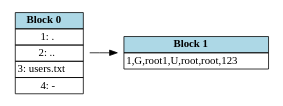
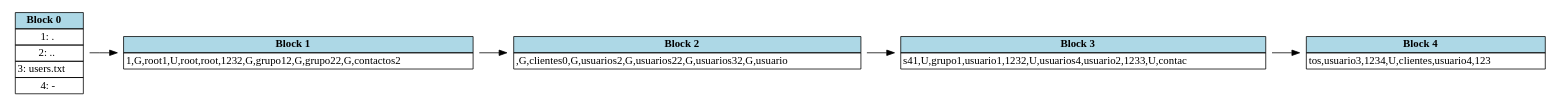
The diagram in backend/output/report_block.dot (AbdielOtzoy/MIA_1S2025_P1_202300350), drawn with Graphviz before and after one commit. The commit also changed 20 other files, not shown here.

```diff
--- a/backend/output/report_block.dot
+++ b/backend/output/report_block.dot
@@ -1,20 +1,50 @@
 digraph G {
 		rankdir=LR; // Alineación horizontal
 		node [shape=plaintext]
 	block0 [label=<
 <table border='0' cellborder='1' cellspacing='0'>
 <tr><td bgcolor='lightblue'><b>Block 0</b></td></tr>
 <tr><td>1: .</td></tr>
 <tr><td>2: ..</td></tr>
 <tr><td>3: users.txt</td></tr>
 <tr><td>4: -</td></tr>
 </table>>];
 block1 [label=<
 <table border='0' cellborder='1' cellspacing='0'>
 <tr><td bgcolor='lightblue'><b>Block 1</b></td></tr>
 <tr><td>1,G,root
 1,U,root,root,123
+2,G,grupo1
+2,G,grupo2
+2,G,contactos
+2</td></tr>
+</table>>];
+block2 [label=<
+<table border='0' cellborder='1' cellspacing='0'>
+<tr><td bgcolor='lightblue'><b>Block 2</b></td></tr>
+<tr><td>,G,clientes
+0,G,usuarios
+2,G,usuarios2
+2,G,usuarios3
+2,G,usuario</td></tr>
+</table>>];
+block3 [label=<
+<table border='0' cellborder='1' cellspacing='0'>
+<tr><td bgcolor='lightblue'><b>Block 3</b></td></tr>
+<tr><td>s4
+1,U,grupo1,usuario1,123
+2,U,usuarios4,usuario2,123
+3,U,contac</td></tr>
+</table>>];
+block4 [label=<
+<table border='0' cellborder='1' cellspacing='0'>
+<tr><td bgcolor='lightblue'><b>Block 4</b></td></tr>
+<tr><td>tos,usuario3,123
+4,U,clientes,usuario4,123
 </td></tr>
 </table>>];
 block0 -> block1;
+block1 -> block2;
+block2 -> block3;
+block3 -> block4;
 }
```
